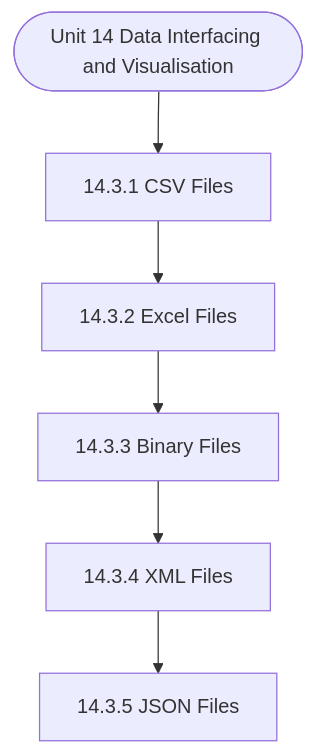
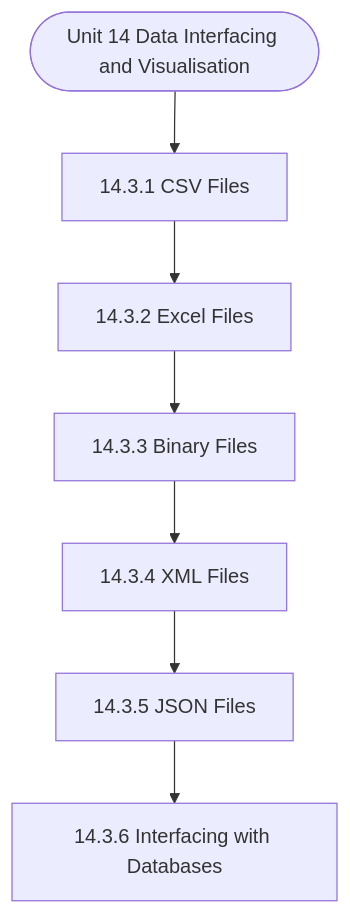
One commit to Asutosh-Coaching/mscdsa changed the diagram in notes/Semester_2/MCS-068_Predictive_Data_Analysis/unit_14_Data_Interfacing_and_Visualisation_in_R.md. Above: the diagram before and after it, drawn with Mermaid. The commit also changed other lines of this file and 116 other files, not shown here.

````diff
--- a/notes/Semester_2/MCS-068_Predictive_Data_Analysis/unit_14_Data_Interfacing_and_Visualisation_in_R.md
+++ b/notes/Semester_2/MCS-068_Predictive_Data_Analysis/unit_14_Data_Interfacing_and_Visualisation_in_R.md
@@ -19,14 +19,16 @@
 ```mermaid
 flowchart TD
   Start(["Unit 14 Data Interfacing and Visualisation"])
   N1["14.3.1 CSV Files"]
   N2["14.3.2 Excel Files"]
   N3["14.3.3 Binary Files"]
   N4["14.3.4 XML Files"]
   N5["14.3.5 JSON Files"]
+  N6["14.3.6 Interfacing with Databases"]
   Start --> N1
   N1 --> N2
   N2 --> N3
   N3 --> N4
   N4 --> N5
+  N5 --> N6
 ```
````
